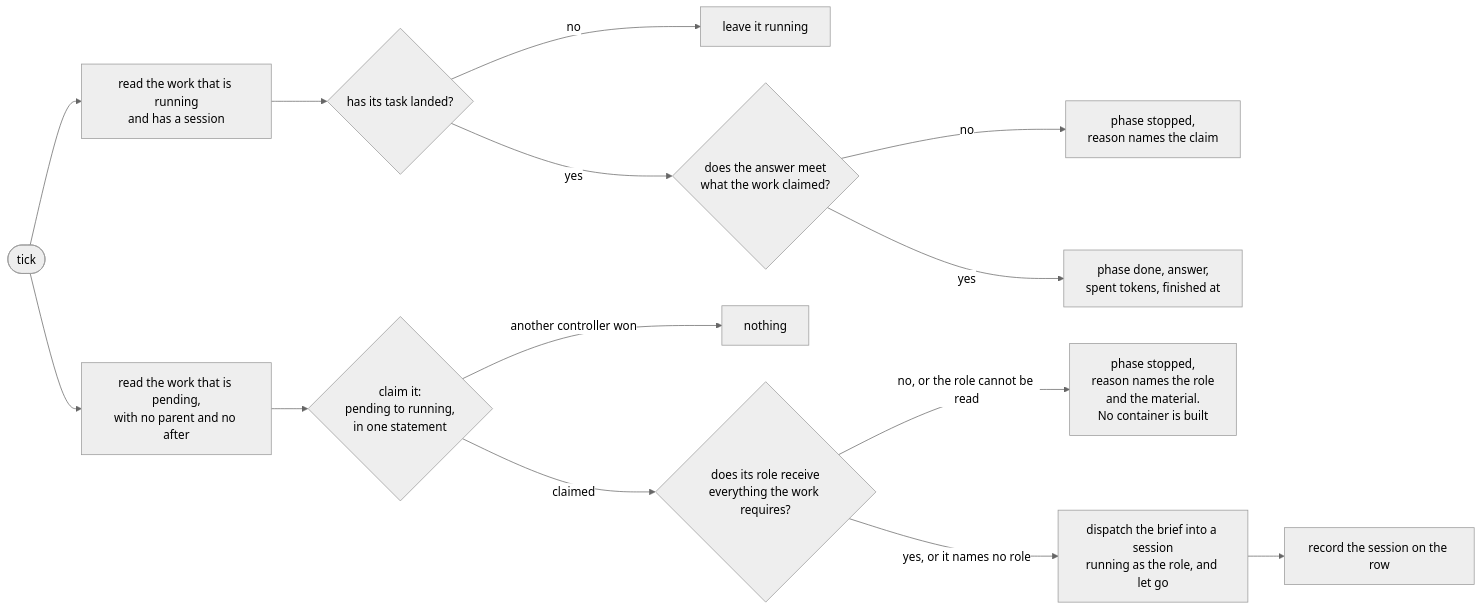
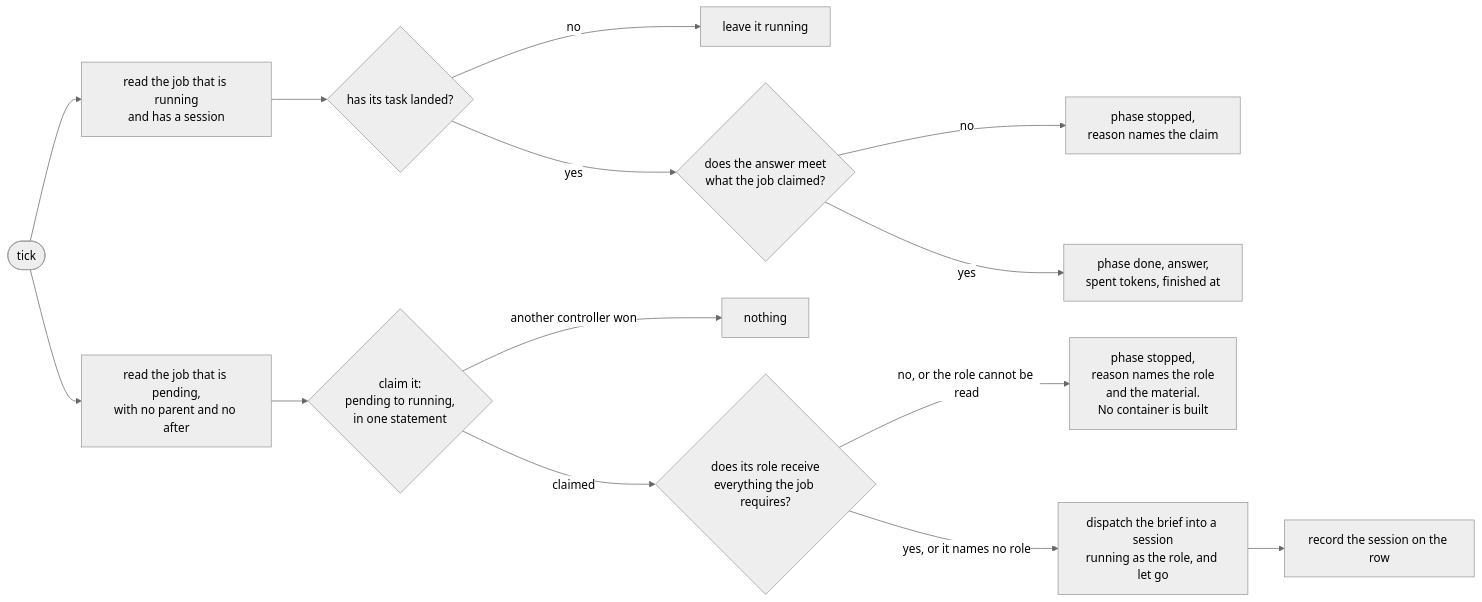
The fourth of 19 diagrams in docs/ORCHESTRATION.md (atlantic-blue/quay-crew), drawn with Mermaid (neutral theme) before and after one commit. The commit also changed other lines of this file and 222 other files, not shown here.

Commit message:
refactor: declared intent is a job, not work

````diff
--- a/docs/ORCHESTRATION.md
+++ b/docs/ORCHESTRATION.md
@@ -412,16 +412,16 @@
 ```mermaid
 flowchart LR
-    TICK(["tick"]) --> READ["read the work that is running<br/>and has a session"]
+    TICK(["tick"]) --> READ["read the job that is running<br/>and has a session"]
     READ --> TASK{"has its task landed?"}
     TASK -->|"no"| LEAVE["leave it running"]
-    TASK -->|"yes"| CLAIMED{"does the answer meet<br/>what the work claimed?"}
+    TASK -->|"yes"| CLAIMED{"does the answer meet<br/>what the job claimed?"}
     CLAIMED -->|"no"| STOP["phase stopped,<br/>reason names the claim"]
     CLAIMED -->|"yes"| DONE["phase done, answer,<br/>spent tokens, finished at"]
-    TICK --> RUNNABLE["read the work that is pending,<br/>with no parent and no after"]
+    TICK --> RUNNABLE["read the job that is pending,<br/>with no parent and no after"]
     RUNNABLE --> CLAIM{"claim it:<br/>pending to running,<br/>in one statement"}
     CLAIM -->|"another controller won"| NOTHING["nothing"]
-    CLAIM -->|"claimed"| BOUNDARY{"does its role receive<br/>everything the work requires?"}
+    CLAIM -->|"claimed"| BOUNDARY{"does its role receive<br/>everything the job requires?"}
     BOUNDARY -->|"no, or the role cannot be read"| REFUSED["phase stopped,<br/>reason names the role<br/>and the material.<br/>No container is built"]
     BOUNDARY -->|"yes, or it names no role"| SEND["dispatch the brief into a session<br/>running as the role, and let go"]
     SEND --> RECORD["record the session on the row"]
 ```
````
